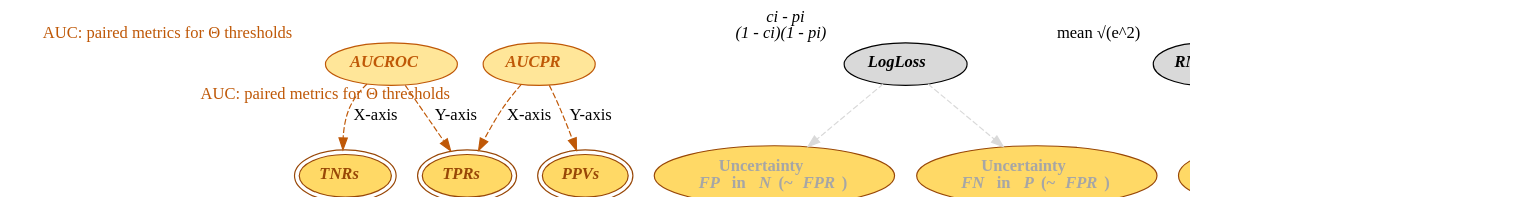
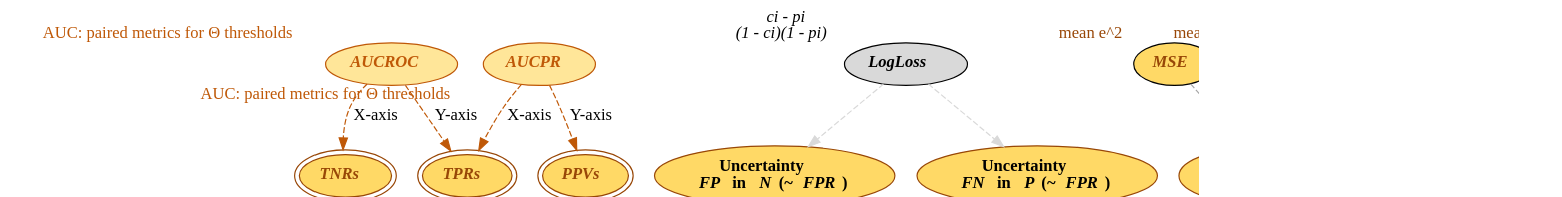
The diagram in PToPI_GraphicsAndProbabilisticInstrumentsOnly.dot (gurol/ptopi), drawn with Graphviz before and after one commit.

```diff
--- a/PToPI_GraphicsAndProbabilisticInstrumentsOnly.dot
+++ b/PToPI_GraphicsAndProbabilisticInstrumentsOnly.dot
@@ -1,82 +1,82 @@
 # Binary-Classification Performance Instruments Dependency Graph
 # (Graphics-based metrics and probabilistic error/loss measures)
 # Author: Gürol Canbek, gurol44@gmail.com
 # Version: 1.5
 # Last Update Date: 26 May 2020
 # First Date: 19 September 2017
 #
 # This file is licensed under  
 # 
 #   G N U   A F F E R O   G E N E R A L   P U B L I C   L I C E N S E
 #        V e r s i o n   3 ,   1 9   N o v e m b e r   2 0 0 7 
 # 
 # perfscheme – Visualized Scheme for Binary-Classification Performance Evaluation
 # Copyright (C) 2017-2020  Gürol Canbek
 # 
 # This program is free software: you can redistribute it and/or modify
 # it under the terms of the GNU Affero General Public License as published
 # by the Free Software Foundation, either version 3 of the License, or
 # (at your option) any later version.
 # 
 # This program is distributed in the hope that it will be useful,
 # but WITHOUT ANY WARRANTY; without even the implied warranty of
 # MERCHANTABILITY or FITNESS FOR A PARTICULAR PURPOSE.  See the
 # GNU Affero General Public License for more details.
 # You should have received a copy of the GNU Affero General Public License
 # along with this program.  If not, see <https://www.gnu.org/licenses/>.
 #  
 # See the full notice license file in <https://github.com/gurol/ptopi>
 #
 # Usage (graphviz must be installed):
 # dot -Tpdf PToPI.dot -o PToPI.pdf
 digraph BinClassRoadMap {
 	size = "320, 240"
 	dpi = 96.0
 	forcelabels = true
 	# subgraph cluster_base_measures {
 	# 	TP FP FN TN
 	# 	label="BaseMeasures" 
 	# }
 
 	# Nodes for Graphic based metrics
 	TPRs[label=<<b><i>TPRs</i></b>> style="filled" color="#984707" fillcolor="#ffd966" fontcolor="#984707" penwidth=1.0 peripheries=2]
 	TNRs[label=<<b><i>TNRs</i></b>> style="filled" color="#984707" fillcolor="#ffd966" fontcolor="#984707" penwidth=1.0 peripheries=2]
 	PPVs[label=<<b><i>PPVs</i></b>> style="filled" color="#984707" fillcolor="#ffd966" fontcolor="#984707" penwidth=1.0 peripheries=2]
 
 	AUCROC[label=<<b><i>AUCROC</i></b>> style="filled" color="#bf5807" fillcolor="#ffe699" fontcolor="#bf5807" penwidth=1.0 xlabel="AUC: paired metrics for Θ thresholds"]
 	AUCPR[label=<<b><i>AUCPR</i></b>> style="filled" color="#bf5807" fillcolor="#ffe699" fontcolor="#bf5807" penwidth=1.0 xlabel="AUC: paired metrics for Θ thresholds"]
 
 	# Nodes for Probabilistic error/loss measures
 	LogLoss[label=<<b><i>LogLoss</i></b>> style="filled" fillcolor="#d9d9d9" fontcolor="black" penwidth=1.0 xlabel=<<i>ci - pi</i><br/><i>(1 - ci)(1 - pi)</i>>]
-	MSE[label=<<b><i>MSE</i></b>> style="filled" fillcolor="#d9d9d9" fontcolor="black" penwidth=1.0 xlabel="mean e^2"]
-	MAE[label=<<b><i>MAE</i></b>> style="filled" fillcolor="#d9d9d9" fontcolor="black" penwidth=1.0 xlabel="mean |e|"]
-	RMSE[label=<<b><i>RMSE</i></b>> style="filled" fillcolor="#d9d9d9" fontcolor="black" penwidth=1.0 xlabel="mean √(e^2)"]
-	ME[label=<<b><i>ME</i></b>> style="filled" fillcolor="#d9d9d9" fontcolor="black" penwidth=1.0 xlabel="max |e|"]
+    nsMAPE[label=<<b><i>nsMAPE</i></b>> style="filled" fillcolor="#ffd966" fontcolor="#984707" penwidth=1.0 xlabel=""]
+    MAE[label=<<b><i>MAE</i></b>> style="filled" fillcolor="#ffd966" fontcolor="#984707" penwidth=1.0 xlabel="mean |e|"]
+	MSE[label=<<b><i>MSE</i></b>> style="filled" fillcolor="#ffd966" fontcolor="#984707" penwidth=1.0 xlabel="mean e^2"]
+    MRAE[label=<<b><i>MRAE</i></b>> style="filled" fillcolor="#d9d9d9" fontcolor="black" penwidth=1.0 xlabel=""]
 
-    TypeIerror[label=<<b>Type I error<br/>(~<i>FPR</i>)</b>> style="filled" color="#984707" fillcolor="#ffd966" fontcolor="#a6a6a6" penwidth=1.0]
-	TypeIIerror[label=<<b>Type II error<br/>(~<i>FNR</i>)</b>> style="filled" color="#984707" fillcolor="#ffd966" fontcolor="#a6a6a6" penwidth=1.0]
-	UncertaintyInN[label=<<b>Uncertainty<br/><i>FP</i>&nbsp; in <i>N</i>&nbsp;(~<i>FPR</i>)</b>> style="filled" color="#984707" fillcolor="#ffd966" fontcolor="#a6a6a6" penwidth=1.0]
-	UncertaintyInP[label=<<b>Uncertainty<br/><i>FN</i>&nbsp; in <i>P</i>&nbsp;(~<i>FPR</i>)</b>>style="filled" color="#984707" fillcolor="#ffd966" fontcolor="#a6a6a6" penwidth=1.0]
+    TypeIerror[label=<<b>Type I error<br/>(~<i>FPR</i>)</b>> style="filled" color="#984707" fillcolor="#ffd966" penwidth=1.0]
+	TypeIIerror[label=<<b>Type II error<br/>(~<i>FNR</i>)</b>> style="filled" color="#984707" fillcolor="#ffd966" penwidth=1.0]
+	UncertaintyInN[label=<<b>Uncertainty<br/><i>FP</i>&nbsp; in <i>N</i>&nbsp;(~<i>FPR</i>)</b>> style="filled" color="#984707" fillcolor="#ffd966" penwidth=1.0]
+	UncertaintyInP[label=<<b>Uncertainty<br/><i>FN</i>&nbsp; in <i>P</i>&nbsp;(~<i>FPR</i>)</b>>style="filled" color="#984707" fillcolor="#ffd966" penwidth=1.0]
 
 	# Nodes for Graphic based metrics
 	AUCROC -> TPRs [label="Y-axis" color="#bf5807" style="dashed"]
 	AUCROC -> TNRs [label="X-axis" color="#bf5807" style="dashed"]
 	AUCPR -> PPVs [label="Y-axis" color="#bf5807" style="dashed"]
 	AUCPR -> TPRs [label="X-axis" color="#bf5807" style="dashed"]
 
 	# {rank=same TPRs TNRs PPVs TPR}
 
     # Nodes for Probabilistic error/loss measures
 	LogLoss -> UncertaintyInP [label="" color="#d9d9d9" style="dashed"]
 	LogLoss -> UncertaintyInN [label="" color="#d9d9d9" style="dashed"]
+	MRAE -> TypeIerror [label="" color="#a6a6a6" style="dashed"]
+	MRAE -> TypeIIerror [label="" color="#a6a6a6" style="dashed"]
 	MSE -> TypeIerror [label="" color="#a6a6a6" style="dashed"]
 	MSE -> TypeIIerror [label="" color="#a6a6a6" style="dashed"]
 	MAE -> TypeIerror [label="" color="#a6a6a6" style="dashed"]
 	MAE -> TypeIIerror [label="" color="#a6a6a6" style="dashed"]
-	RMSE -> TypeIerror [label="" color="#a6a6a6" style="dashed"]
-	RMSE -> TypeIIerror [label="" color="#a6a6a6" style="dashed"]
-	ME -> TypeIerror [label="" color="#a6a6a6" style="dashed"]
-	ME -> TypeIIerror [label="" color="#a6a6a6" style="dashed"]
+	nsMAPE -> TypeIerror [label="" color="#a6a6a6" style="dashed"]
+	nsMAPE -> TypeIIerror [label="" color="#a6a6a6" style="dashed"]
 
 	# {rank=same UncertaintyInP UncertaintyInN TypeIerror TypeIIerror FPR FNR}
 }
```
